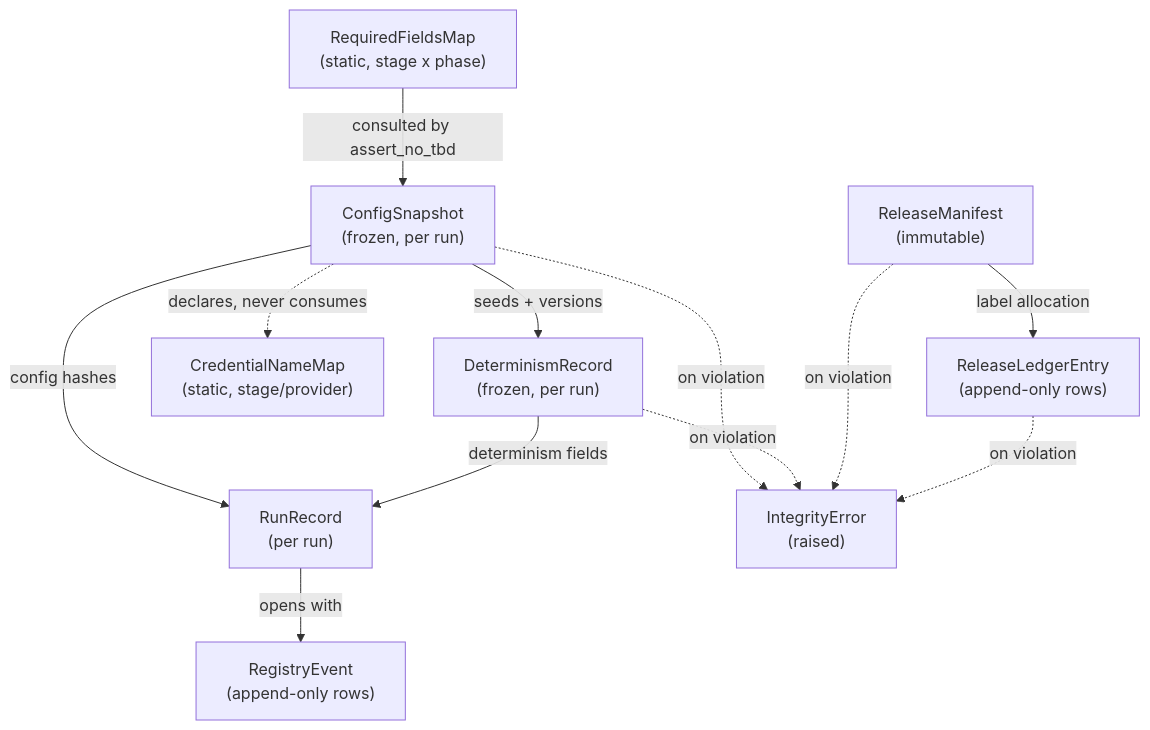
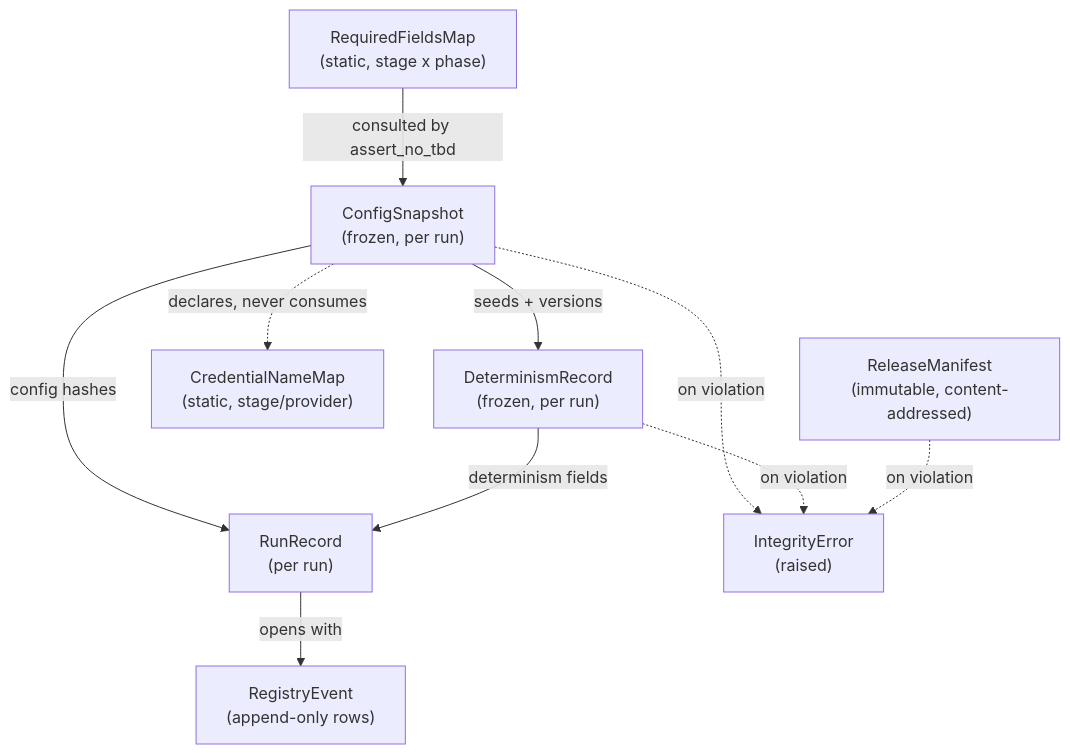
One commit to Kimrza/Thesis_toshkari changed the diagram in aidlc/spaces/default/intents/260813-tec-hourly-forecast/construction/foundation/functional-design/domain-entities.md. Above: the diagram before and after it, drawn with Mermaid. The commit also changed other lines of this file and 35 other files, not shown here.

````diff
--- a/aidlc/spaces/default/intents/260813-tec-hourly-forecast/construction/foundation/functional-design/domain-entities.md
+++ b/aidlc/spaces/default/intents/260813-tec-hourly-forecast/construction/foundation/functional-design/domain-entities.md
@@ -46,24 +46,21 @@
 ```mermaid
 graph TD
   CS["ConfigSnapshot<br/>(frozen, per run)"]
   DR["DeterminismRecord<br/>(frozen, per run)"]
   RM["RequiredFieldsMap<br/>(static, stage x phase)"]
   CM["CredentialNameMap<br/>(static, stage/provider)"]
   RR["RunRecord<br/>(per run)"]
   RE["RegistryEvent<br/>(append-only rows)"]
-  REL["ReleaseManifest<br/>(immutable)"]
-  RL["ReleaseLedgerEntry<br/>(append-only rows)"]
+  REL["ReleaseManifest<br/>(immutable, content-addressed)"]
   IE["IntegrityError<br/>(raised)"]
 
   RM -->|"consulted by assert_no_tbd"| CS
   CS -->|"seeds + versions"| DR
   CS -->|"config hashes"| RR
   DR -->|"determinism fields"| RR
   RR -->|"opens with"| RE
-  REL -->|"label allocation"| RL
   CS -.->|"declares, never consumes"| CM
   CS -.->|"on violation"| IE
   DR -.->|"on violation"| IE
   REL -.->|"on violation"| IE
-  RL -.->|"on violation"| IE
 ```
````
